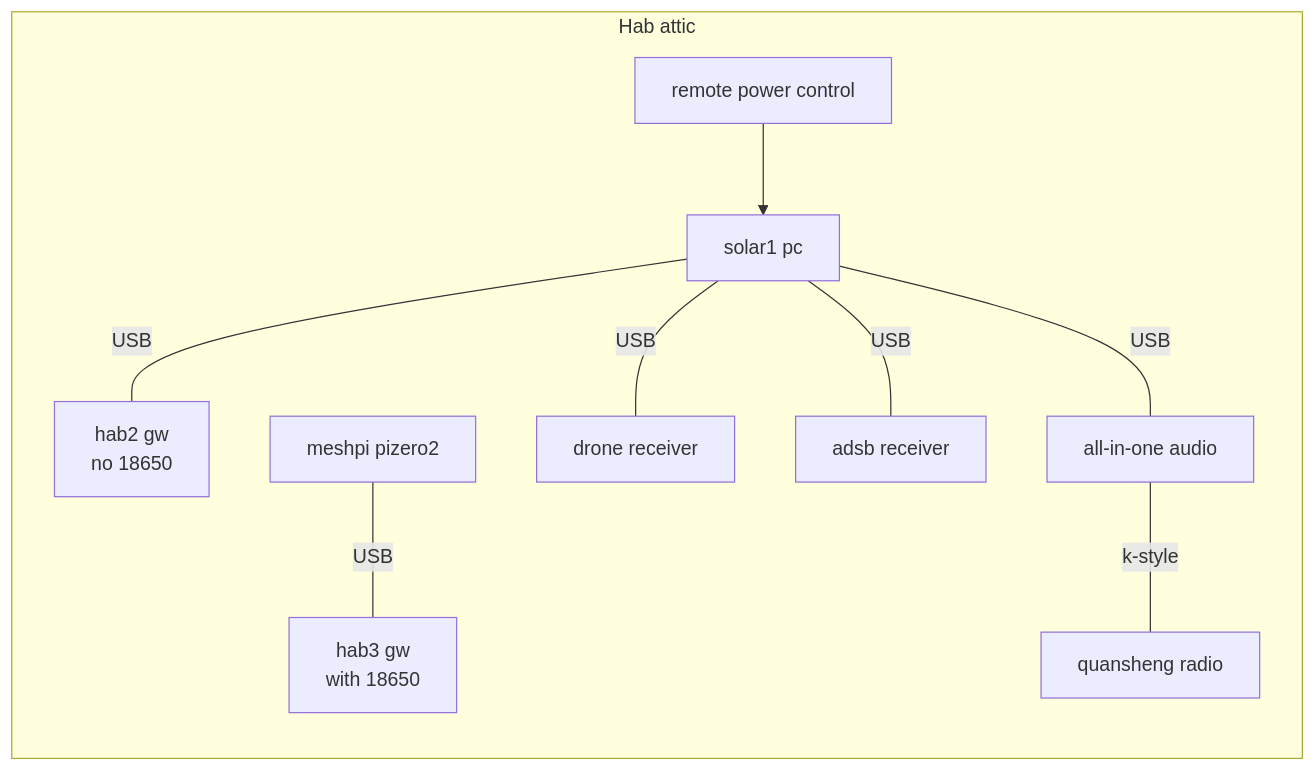
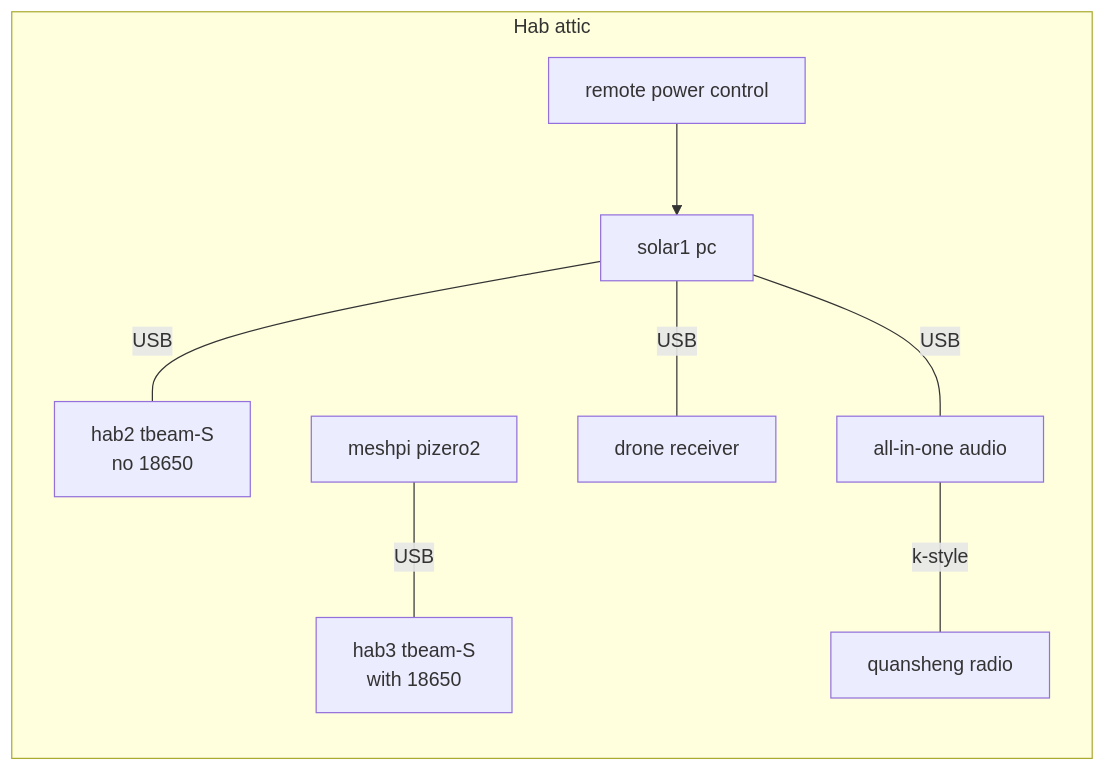
Before and after one commit to bmidgley/mars-evalink: the diagram in docs/mdrs.md, drawn with Mermaid.

Commit message:
add diagram of hab node

````diff
--- a/docs/mdrs.md
+++ b/docs/mdrs.md
@@ -5,22 +5,20 @@
 ```mermaid
 flowchart LR
     subgraph attic [Hab attic]
-        H2["hab2 gw<br/>no 18650"]
+        H2["hab2 tbeam-S<br/>no 18650"]
         RR[remote power control]
         S1[solar1 pc]
         MP[meshpi pizero2]
-        H3["hab3 gw<br/>with 18650"]
+        H3["hab3 tbeam-S<br/>with 18650"]
         DR[drone receiver]
-        ADSB[adsb receiver]
         AUDIO[all-in-one audio]
         QS[quansheng radio]
 
         RR --> S1
         S1 -- USB --- H2
         MP -- USB --- H3
         S1 -- USB --- DR
-        S1 -- USB --- ADSB
         S1 -- USB --- AUDIO
         AUDIO -- k-style --- QS
     end
 ```
````
